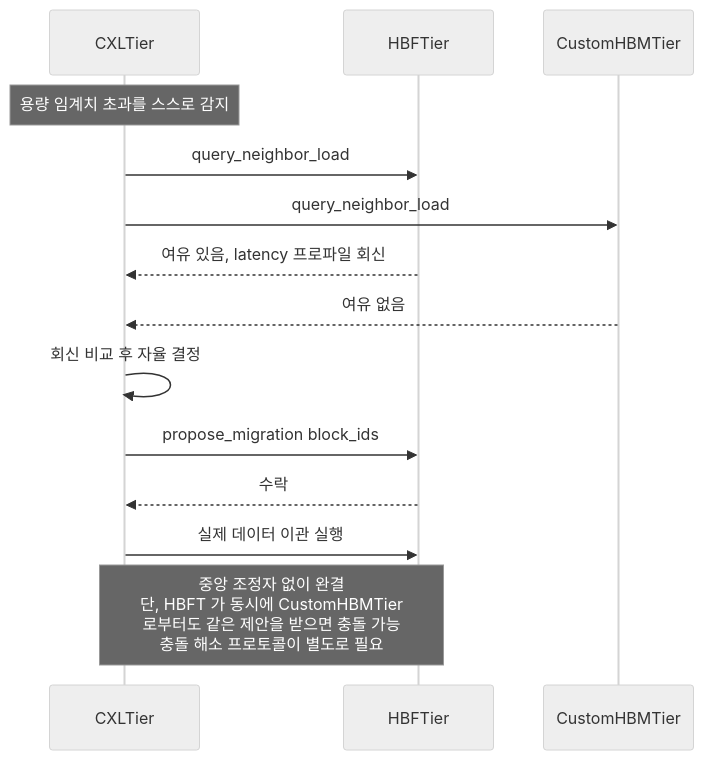
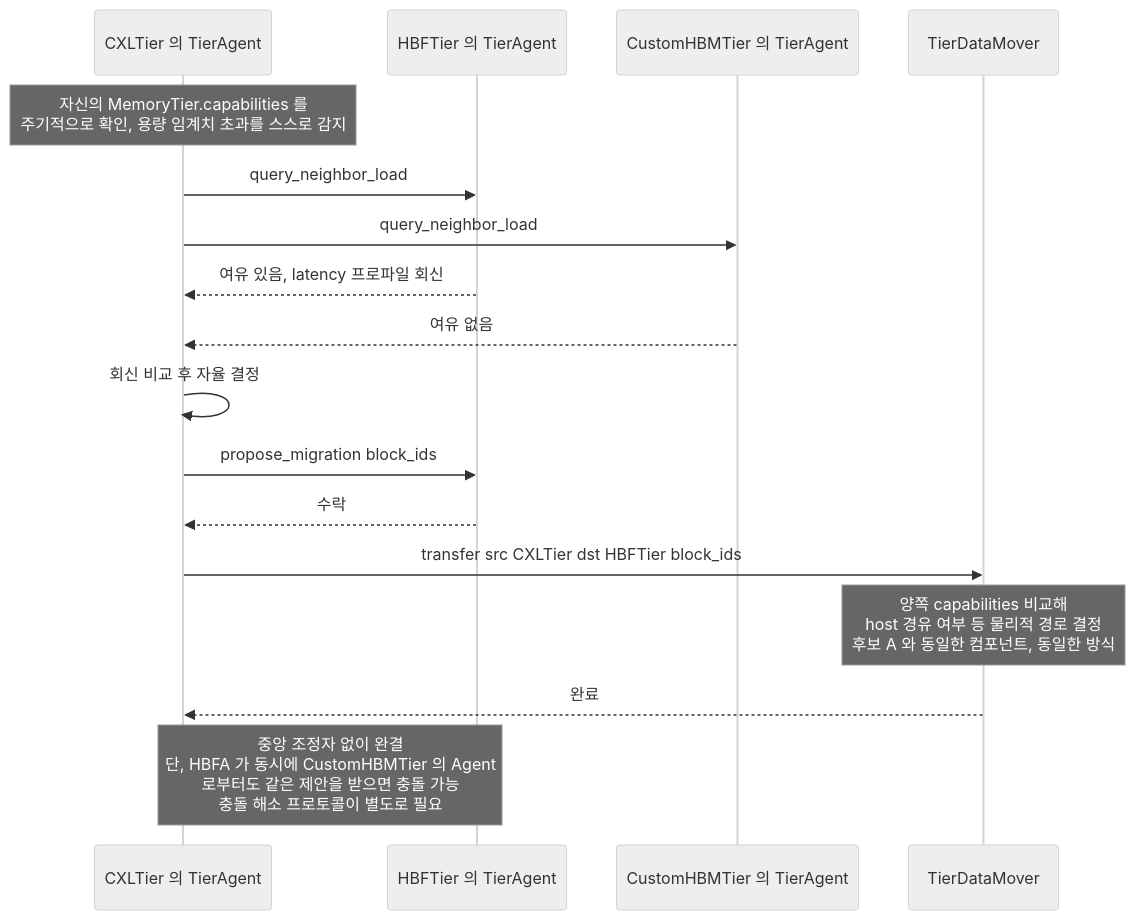
One commit to mkim0628/vllm changed the fourth of 4 diagrams in doc-mk/vllm-memory-coordination-locus-candidates.md. Above: the diagram before and after it, drawn with Mermaid (neutral theme). The commit also changed other lines of this file and 2 other files, not shown here.

````diff
--- a/doc-mk/vllm-memory-coordination-locus-candidates.md
+++ b/doc-mk/vllm-memory-coordination-locus-candidates.md
@@ -187,18 +246,21 @@
 ```mermaid
 sequenceDiagram
-    participant CXLT as CXLTier
-    participant HBFT as HBFTier
-    participant CUSTOMT as CustomHBMTier
+    participant CXLA as CXLTier 의 TierAgent
+    participant HBFA as HBFTier 의 TierAgent
+    participant CUSTOMA as CustomHBMTier 의 TierAgent
+    participant MOVER as TierDataMover
 
-    Note over CXLT: 용량 임계치 초과를 스스로 감지
-    CXLT->>HBFT: query_neighbor_load
-    CXLT->>CUSTOMT: query_neighbor_load
-    HBFT-->>CXLT: 여유 있음, latency 프로파일 회신
-    CUSTOMT-->>CXLT: 여유 없음
-    CXLT->>CXLT: 회신 비교 후 자율 결정
-    CXLT->>HBFT: propose_migration block_ids
-    HBFT-->>CXLT: 수락
-    CXLT->>HBFT: 실제 데이터 이관 실행
+    Note over CXLA: 자신의 MemoryTier.capabilities 를<br/>주기적으로 확인, 용량 임계치 초과를 스스로 감지
+    CXLA->>HBFA: query_neighbor_load
+    CXLA->>CUSTOMA: query_neighbor_load
+    HBFA-->>CXLA: 여유 있음, latency 프로파일 회신
+    CUSTOMA-->>CXLA: 여유 없음
+    CXLA->>CXLA: 회신 비교 후 자율 결정
+    CXLA->>HBFA: propose_migration block_ids
+    HBFA-->>CXLA: 수락
+    CXLA->>MOVER: transfer src CXLTier dst HBFTier block_ids
+    Note over MOVER: 양쪽 capabilities 비교해<br/>host 경유 여부 등 물리적 경로 결정<br/>후보 A 와 동일한 컴포넌트, 동일한 방식
+    MOVER-->>CXLA: 완료
 
-    Note over CXLT,HBFT: 중앙 조정자 없이 완결<br/>단, HBFT 가 동시에 CustomHBMTier<br/>로부터도 같은 제안을 받으면 충돌 가능<br/>충돌 해소 프로토콜이 별도로 필요
+    Note over CXLA,HBFA: 중앙 조정자 없이 완결<br/>단, HBFA 가 동시에 CustomHBMTier 의 Agent<br/>로부터도 같은 제안을 받으면 충돌 가능<br/>충돌 해소 프로토콜이 별도로 필요
 ```
````
